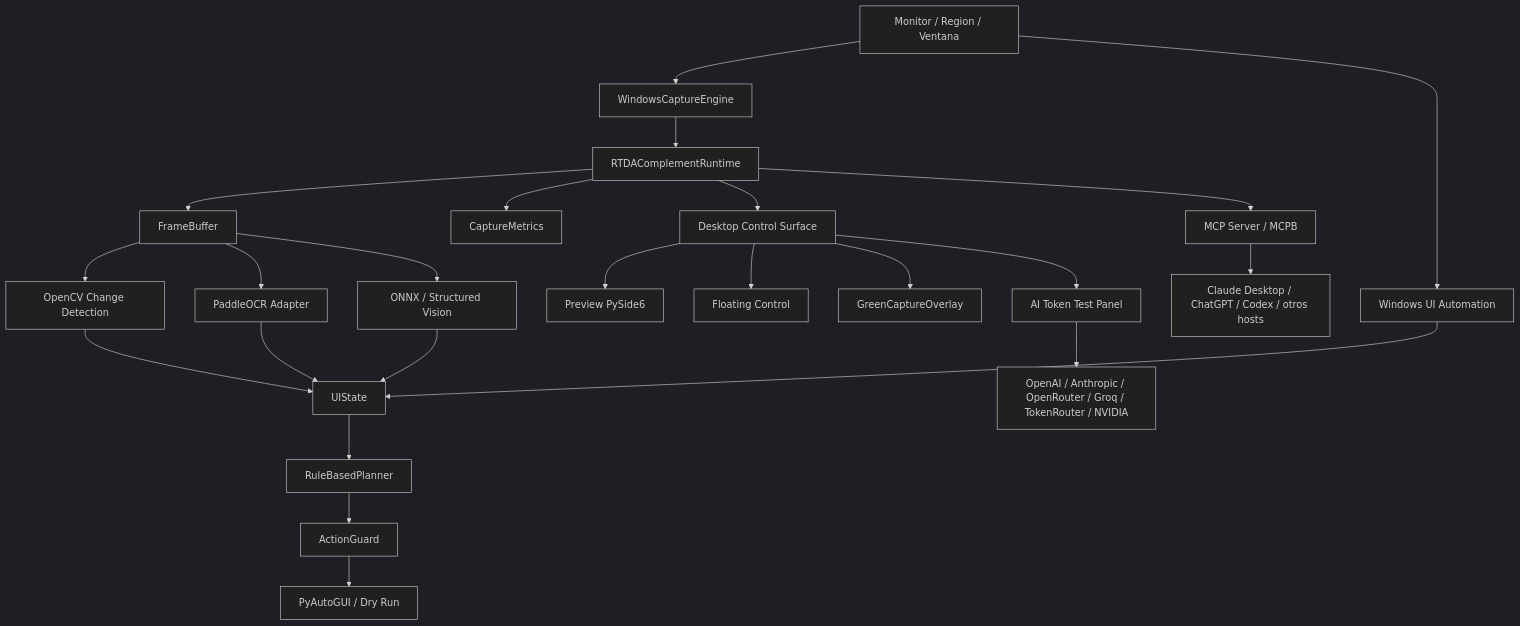
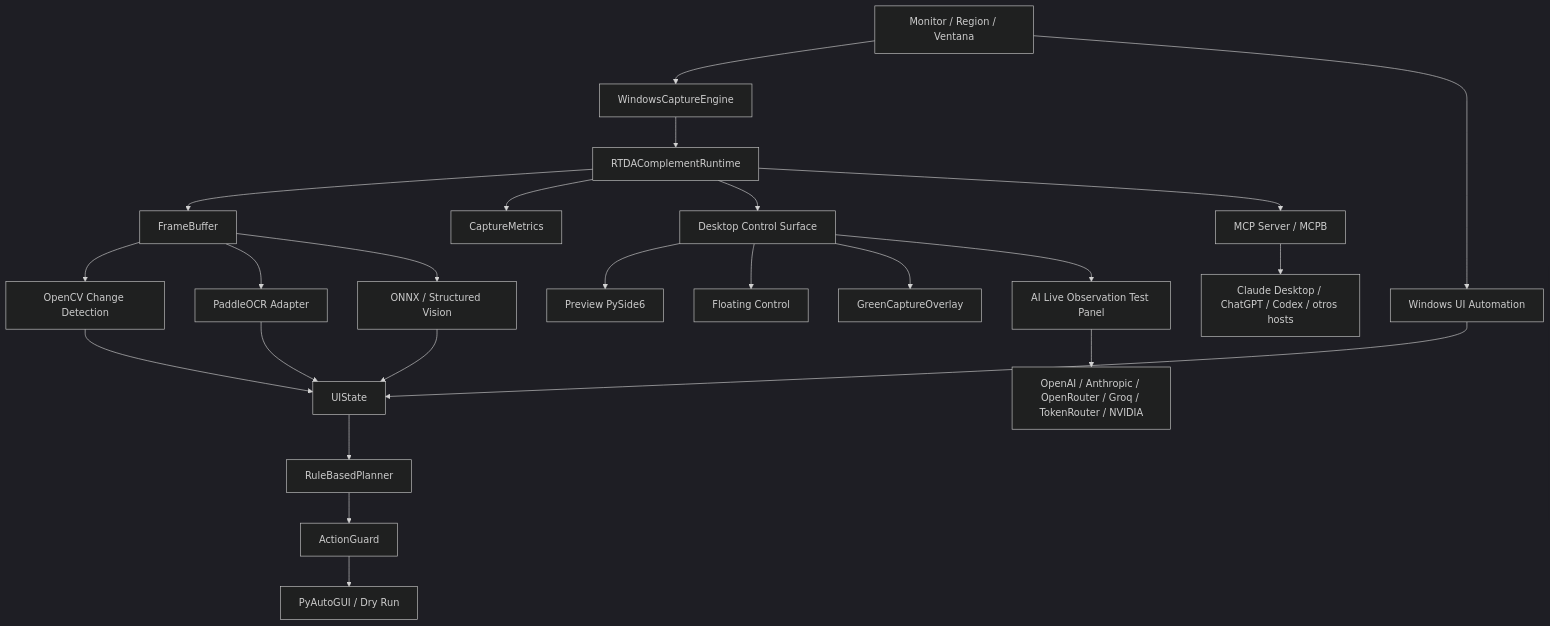
One commit to Adan0423/real-time-desktop-agent changed the first of 3 diagrams in docs/architecture.md. Above: the diagram before and after it, drawn with Mermaid (dark theme). The commit also changed other lines of this file and 11 other files, not shown here.

````diff
--- a/docs/architecture.md
+++ b/docs/architecture.md
@@ -22,26 +22,26 @@
 ```mermaid
 flowchart TD
     Input["Monitor / Region / Ventana"] --> Capture["WindowsCaptureEngine"]
     Capture --> Runtime["RTDAComplementRuntime"]
     Runtime --> Buffer["FrameBuffer"]
     Runtime --> Metrics["CaptureMetrics"]
     Runtime --> Desktop["Desktop Control Surface"]
     Runtime --> MCP["MCP Server / MCPB"]
     Desktop --> Preview["Preview PySide6"]
     Desktop --> Floating["Floating Control"]
     Desktop --> Overlay["GreenCaptureOverlay"]
-    Desktop --> AI["AI Token Test Panel"]
+    Desktop --> AI["AI Live Observation Test Panel"]
     Buffer --> Change["OpenCV Change Detection"]
     Input --> UIA["Windows UI Automation"]
     Buffer --> OCR["PaddleOCR Adapter"]
     Buffer --> Vision["ONNX / Structured Vision"]
     Change --> State["UIState"]
     UIA --> State
     OCR --> State
     Vision --> State
     State --> Planner["RuleBasedPlanner"]
     Planner --> Guard["ActionGuard"]
     Guard --> Executor["PyAutoGUI / Dry Run"]
     MCP --> Hosts["Claude Desktop / ChatGPT / Codex / otros hosts"]
     AI --> Providers["OpenAI / Anthropic / OpenRouter / Groq / TokenRouter / NVIDIA"]
 ```
````
